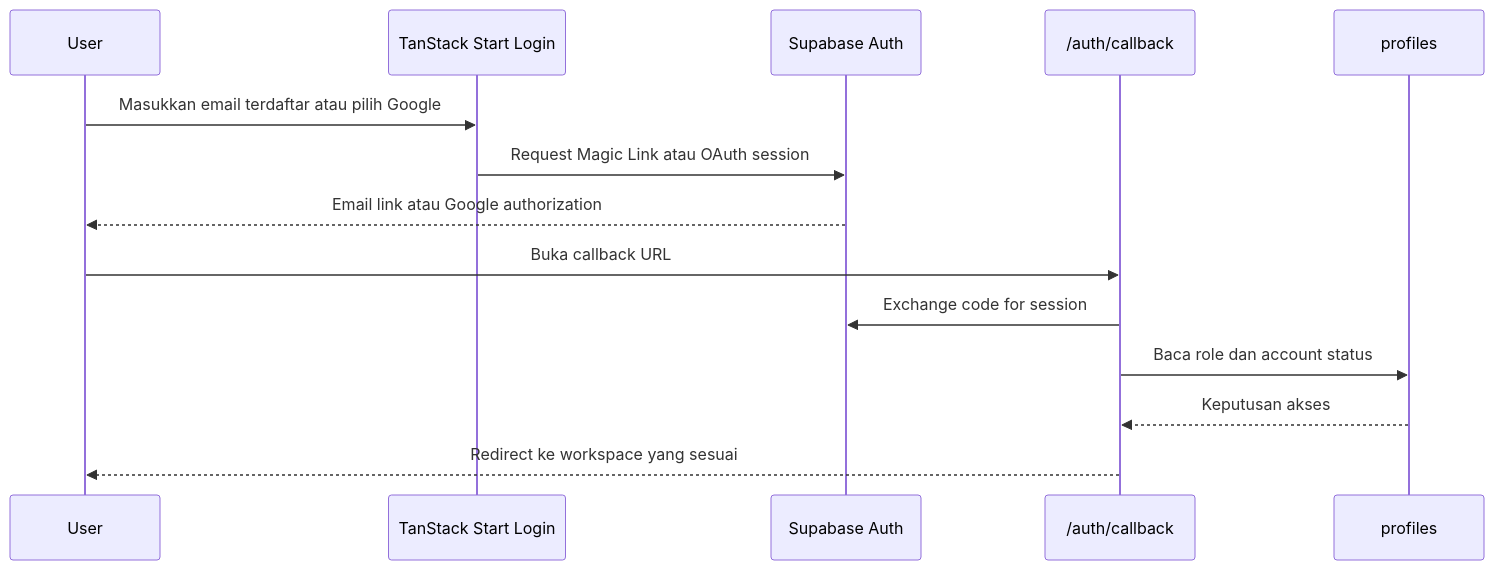
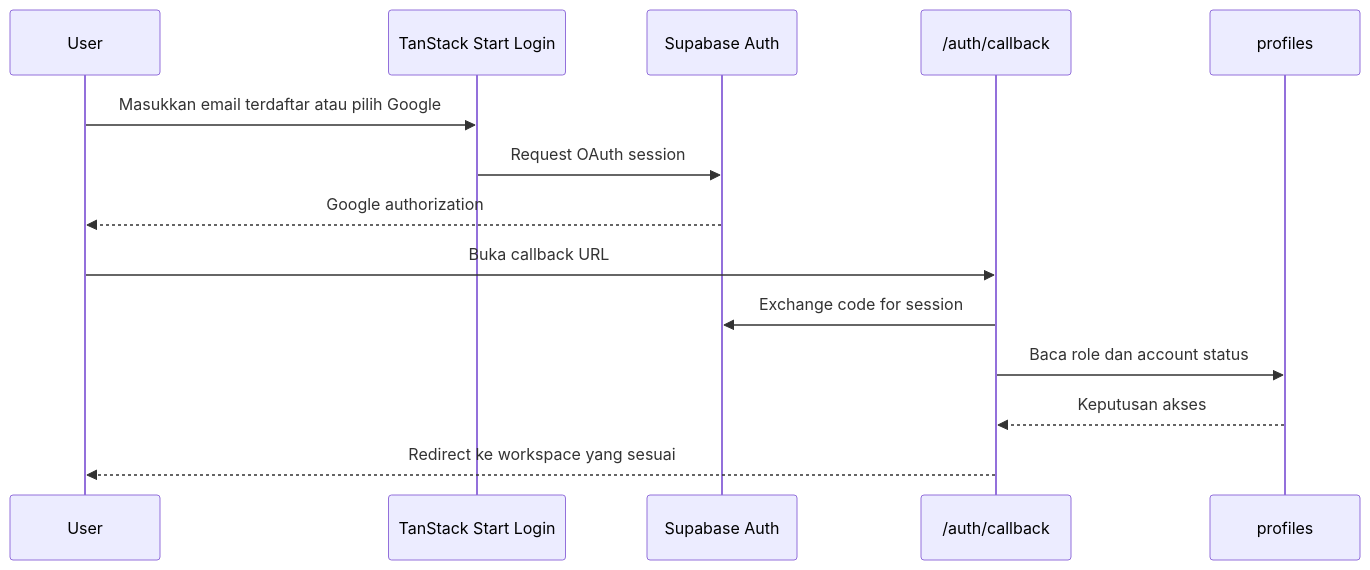
The first of 3 diagrams in PRD.md (BEM-FILKOM-UNIDA/absendulu), drawn with Mermaid before and after one commit. The commit also changed other lines of this file, not shown here.

````diff
--- a/PRD.md
+++ b/PRD.md
@@ -291,17 +293,17 @@
 ```mermaid
 sequenceDiagram
     participant User
     participant Web as TanStack Start Login
     participant Auth as Supabase Auth
     participant Callback as /auth/callback
     participant Profile as profiles
 
     User->>Web: Masukkan email terdaftar atau pilih Google
-    Web->>Auth: Request Magic Link atau OAuth session
-    Auth-->>User: Email link atau Google authorization
+    Web->>Auth: Request OAuth session
+    Auth-->>User: Google authorization
     User->>Callback: Buka callback URL
     Callback->>Auth: Exchange code for session
     Callback->>Profile: Baca role dan account status
     Profile-->>Callback: Keputusan akses
     Callback-->>User: Redirect ke workspace yang sesuai
 ```
````
